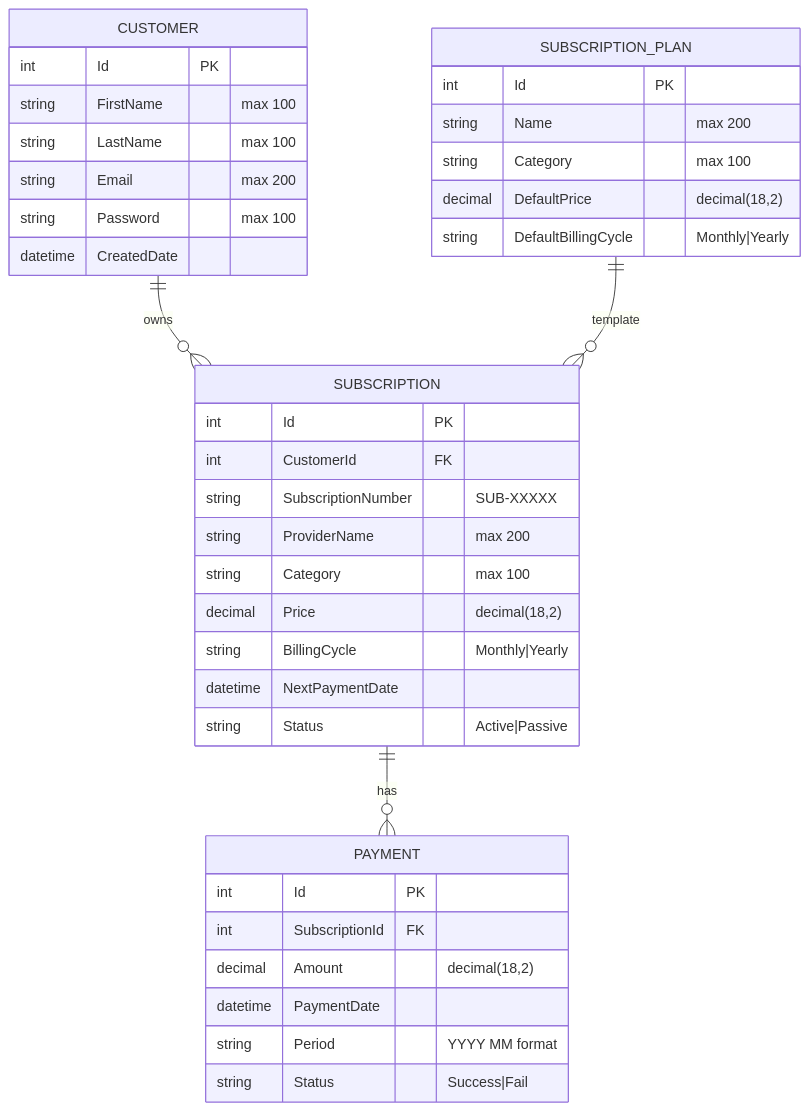
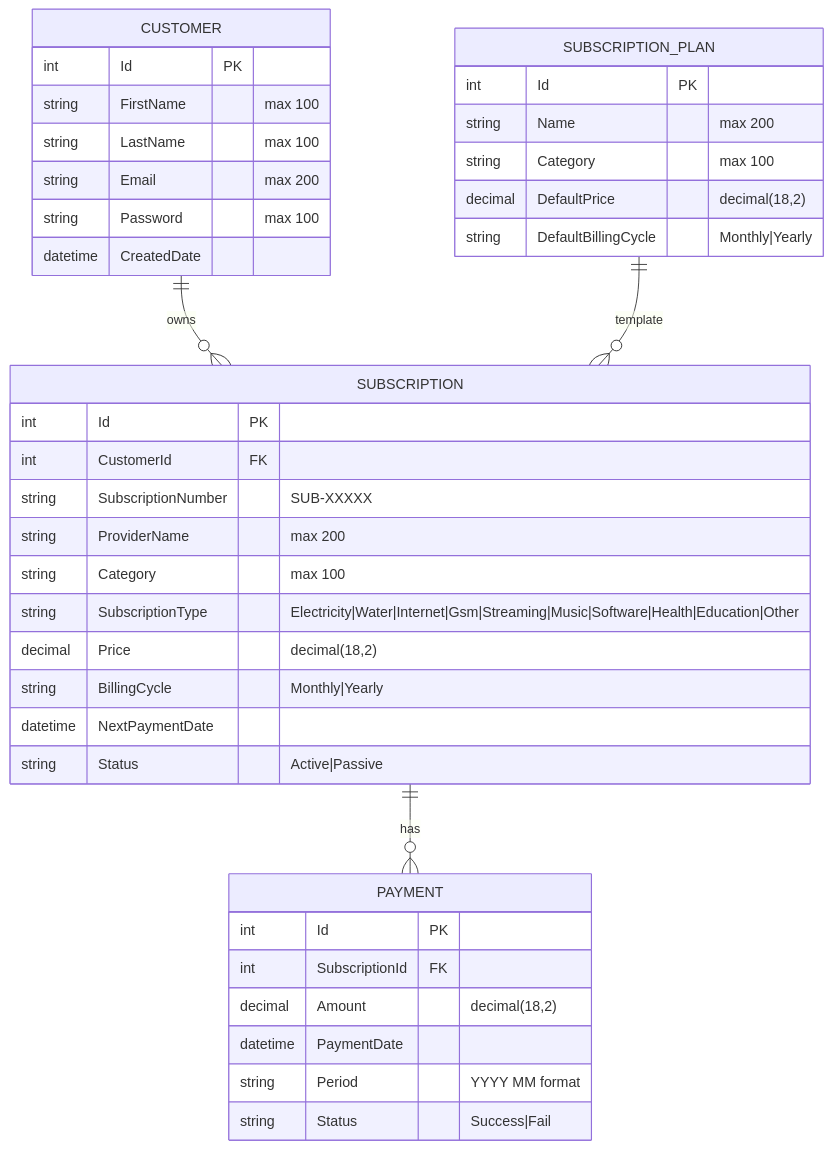
Before and after one commit to mehfes/HalalBank: the first of 5 diagrams in SYSTEM_DESIGN.md, drawn with Mermaid. The commit also changed other lines of this file and 15 other files, not shown here.

````diff
--- a/SYSTEM_DESIGN.md
+++ b/SYSTEM_DESIGN.md
@@ -19,44 +19,45 @@
 ```mermaid
 erDiagram
     CUSTOMER ||--o{ SUBSCRIPTION : owns
     SUBSCRIPTION ||--o{ PAYMENT : has
     SUBSCRIPTION_PLAN ||--o{ SUBSCRIPTION : template
 
     CUSTOMER {
         int Id PK
         string FirstName "max 100"
         string LastName "max 100"
         string Email "max 200"
         string Password "max 100"
         datetime CreatedDate
     }
 
     SUBSCRIPTION {
         int Id PK
         int CustomerId FK
         string SubscriptionNumber "SUB-XXXXX"
         string ProviderName "max 200"
         string Category "max 100"
+        string SubscriptionType "Electricity|Water|Internet|Gsm|Streaming|Music|Software|Health|Education|Other"
         decimal Price "decimal(18,2)"
         string BillingCycle "Monthly|Yearly"
         datetime NextPaymentDate
         string Status "Active|Passive"
     }
 
     PAYMENT {
         int Id PK
         int SubscriptionId FK
         decimal Amount "decimal(18,2)"
         datetime PaymentDate
         string Period "YYYY MM format"
         string Status "Success|Fail"
     }
 
     SUBSCRIPTION_PLAN {
         int Id PK
         string Name "max 200"
         string Category "max 100"
         decimal DefaultPrice "decimal(18,2)"
         string DefaultBillingCycle "Monthly|Yearly"
     }
 ```
````
